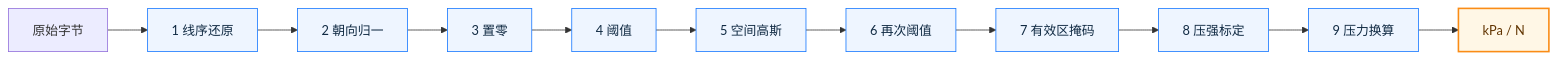
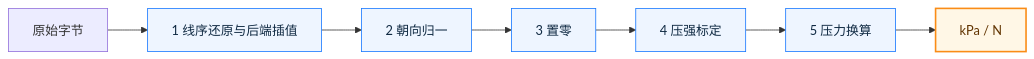
One commit to liudada118/shroom changed the second of 3 diagrams in PRD/压力系统功能与数据处理说明.md. Above: the diagram before and after it, drawn with Mermaid. The commit also changed other lines of this file and 40 other files, not shown here.

````diff
--- a/PRD/压力系统功能与数据处理说明.md
+++ b/PRD/压力系统功能与数据处理说明.md
@@ -381,30 +381,22 @@
 ```mermaid
 flowchart LR
     S0["原始字节"]
-    S1["1 线序还原"]
+    S1["1 线序还原与后端插值"]
     S2["2 朝向归一"]
     S3["3 置零"]
-    S4["4 阈值"]
-    S5["5 空间高斯"]
-    S6["6 再次阈值"]
-    S7["7 有效区掩码"]
-    S8["8 压强标定"]
-    S9["9 压力换算"]
+    S4["4 压强标定"]
+    S5["5 压力换算"]
     OUT["kPa / N"]
 
     S0 --> S1
     S1 --> S2
     S2 --> S3
     S3 --> S4
     S4 --> S5
-    S5 --> S6
-    S6 --> S7
-    S7 --> S8
-    S8 --> S9
-    S9 --> OUT
+    S5 --> OUT
 
     classDef step fill:#eef5ff,stroke:#1677ff,color:#102a43
     classDef out fill:#fff7e6,stroke:#fa8c16,stroke-width:2px,color:#613400
-    class S1,S2,S3,S4,S5,S6,S7,S8,S9 step
+    class S1,S2,S3,S4,S5 step
     class OUT out
 ```
````
